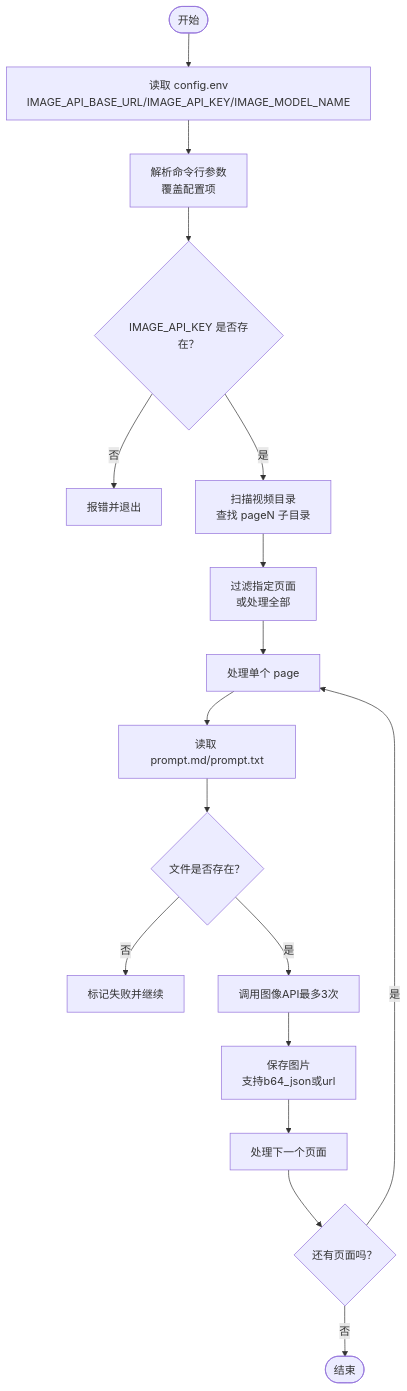
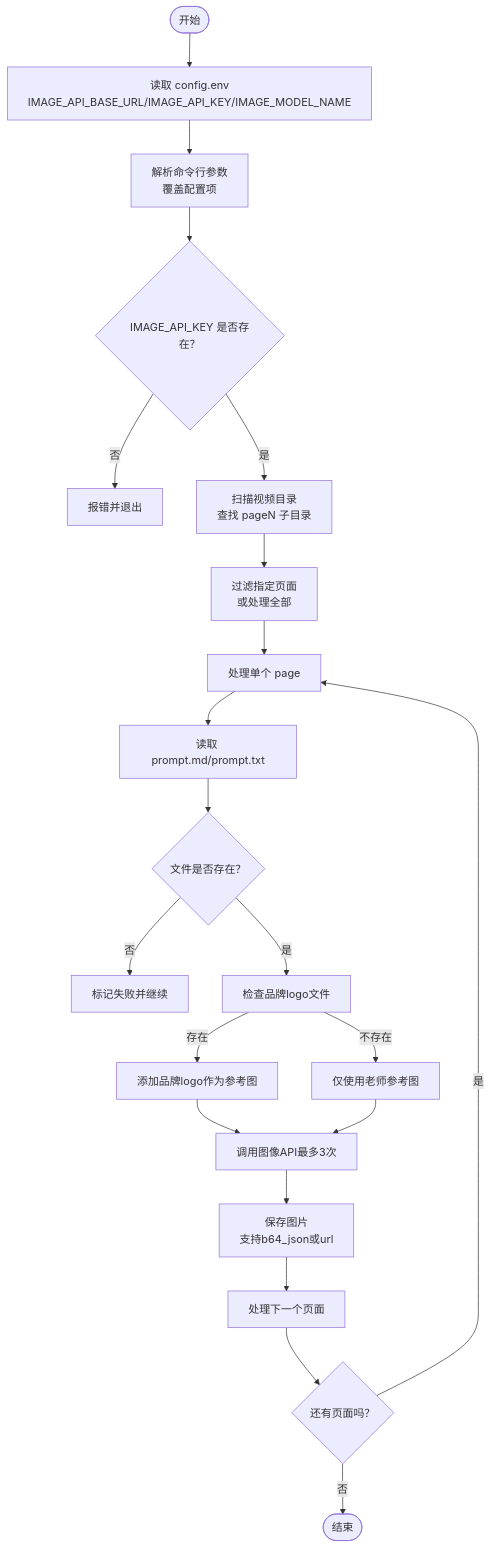
One commit to WongMingJiu/landingpage-test-hero-page changed the fifth of 7 diagrams in .qoder/repowiki/zh/content/配置和定制/API配置.md. Above: the diagram before and after it, drawn with Mermaid. The commit also changed other lines of this file and 4 other files, not shown here.

First line of the commit message:
feat: 生图输出尺寸改为 750x1125（API 生成 1024x1536 后 Pillow 缩放）

````diff
--- a/.qoder/repowiki/zh/content/配置和定制/API配置.md
+++ b/.qoder/repowiki/zh/content/配置和定制/API配置.md
@@ -286,19 +323,23 @@
 ```mermaid
 flowchart TD
 Start(["开始"]) --> LoadConfig["读取 config.env<br/>IMAGE_API_BASE_URL/IMAGE_API_KEY/IMAGE_MODEL_NAME"]
 LoadConfig --> ParseArgs["解析命令行参数<br/>覆盖配置项"]
 ParseArgs --> CheckKey{"IMAGE_API_KEY 是否存在？"}
 CheckKey --> |否| ExitErr["报错并退出"]
 CheckKey --> |是| ScanPages["扫描视频目录<br/>查找 pageN 子目录"]
 ScanPages --> FilterPages["过滤指定页面<br/>或处理全部"]
 FilterPages --> ProcessPage["处理单个 page"]
 ProcessPage --> ReadPrompt["读取 prompt.md/prompt.txt"]
 ReadPrompt --> CheckFiles{"文件是否存在？"}
 CheckFiles --> |否| PageFail["标记失败并继续"]
-CheckFiles --> |是| CallAPI["调用图像API最多3次"]
+CheckFiles --> |是| CheckBrandLogo["检查品牌logo文件"]
+CheckBrandLogo --> |存在| AddBrandRef["添加品牌logo作为参考图"]
+CheckBrandLogo --> |不存在| UseTeacherOnly["仅使用老师参考图"]
+AddBrandRef --> CallAPI["调用图像API最多3次"]
+UseTeacherOnly --> CallAPI
 CallAPI --> SaveImage["保存图片<br/>支持b64_json或url"]
 SaveImage --> NextPage["处理下一个页面"]
 NextPage --> Done{"还有页面吗？"}
 Done --> |是| ProcessPage
 Done --> |否| End(["结束"])
 ```
````
